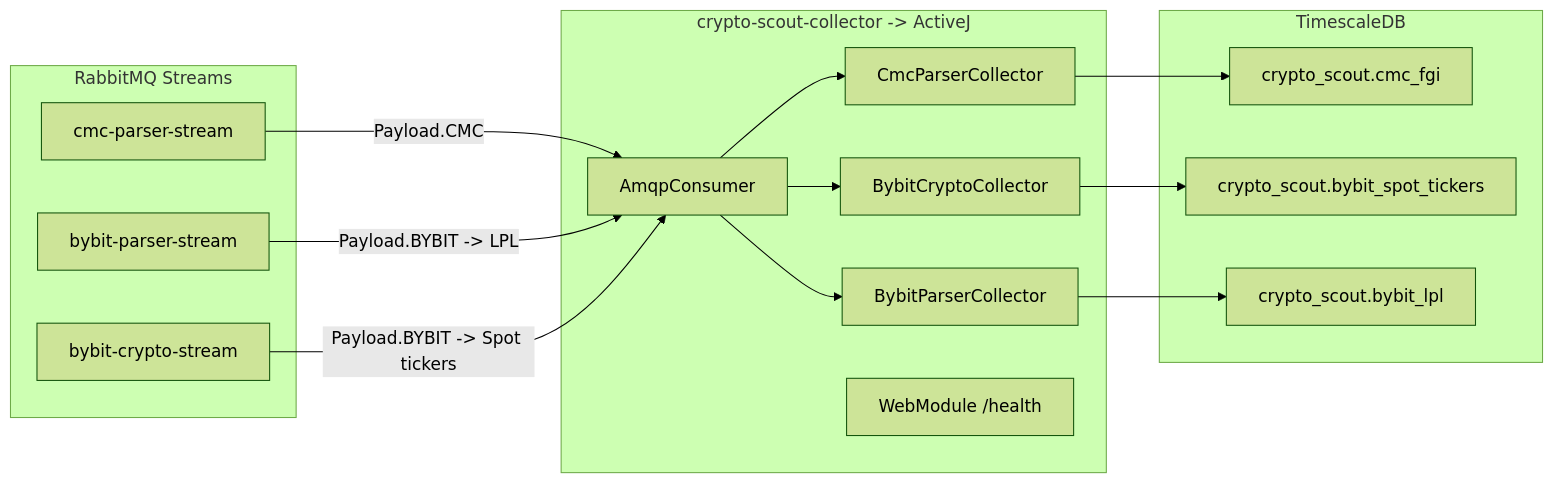
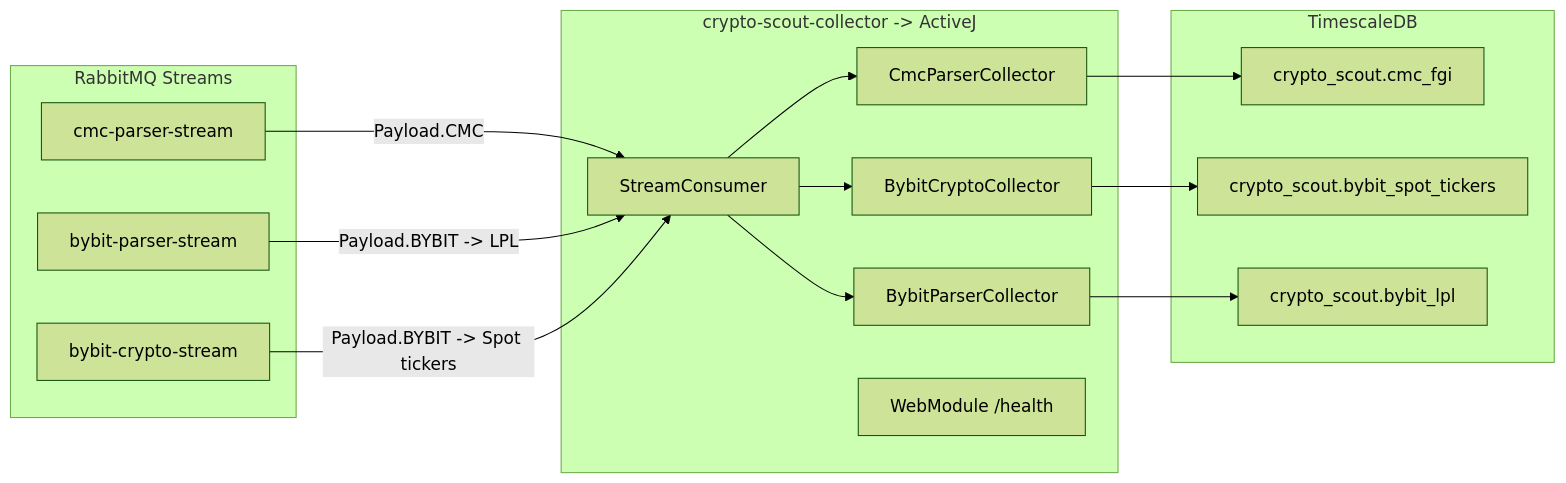
The diagram in README.md (akarazhev/crypto-scout-collector), drawn with Mermaid (forest theme) before and after one commit. The commit also changed other lines of this file and 6 other files, not shown here.

Commit message:
Renamed AmqpConsumer -> StreamConsumer

````diff
--- a/README.md
+++ b/README.md
@@ -22,26 +22,26 @@
 ```mermaid
 flowchart LR
     subgraph RabbitMQ[ RabbitMQ Streams ]
         S1[cmc-parser-stream]
         S2[bybit-parser-stream]
         S3[bybit-crypto-stream]
     end
 
     subgraph App[crypto-scout-collector -> ActiveJ]
-        A1[AmqpConsumer]
+        A1[StreamConsumer]
         A2[CmcParserCollector]
         A3[BybitParserCollector]
         A4[BybitCryptoCollector]
         W[WebModule /health]
     end
 
     subgraph DB[TimescaleDB]
         T1[crypto_scout.cmc_fgi]
         T2[crypto_scout.bybit_spot_tickers]
         T3[crypto_scout.bybit_lpl]
     end
 
     S1 -->|Payload.CMC| A1 --> A2 --> T1
     S2 -->|Payload.BYBIT -> LPL| A1 --> A3 --> T3
     S3 -->|Payload.BYBIT -> Spot tickers| A1 --> A4 --> T2
 ```
````
